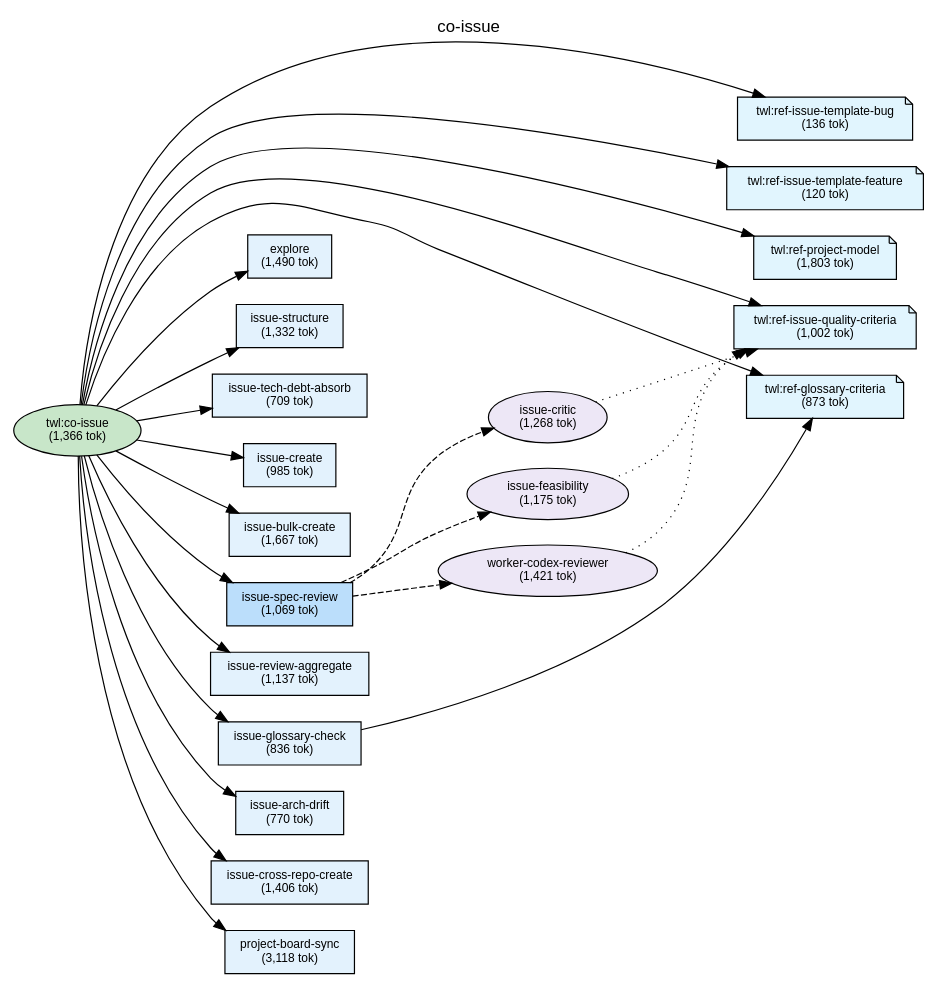
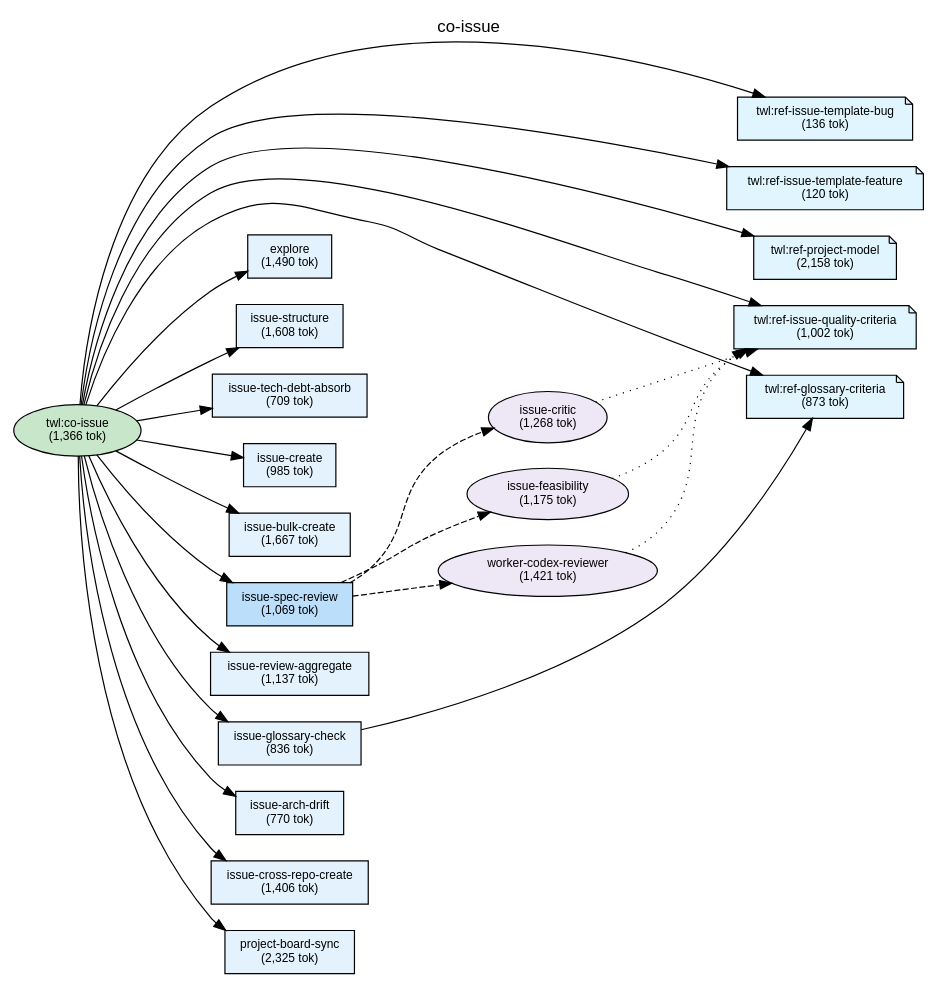
Before and after one commit to shuu5/twill: the diagram in plugins/twl/docs/deps-co-issue.dot, drawn with Graphviz. The commit also changed 7 other files, not shown here.

First line of the commit message:
feat(twl): add label-sync command for architecture spec → GitHub label sync

```diff
--- a/plugins/twl/docs/deps-co-issue.dot
+++ b/plugins/twl/docs/deps-co-issue.dot
@@ -1,101 +1,101 @@
 digraph Dependencies {
     // Graph settings
     rankdir=LR;
     ranksep=0.8;
     nodesep=0.3;
     fontname="Helvetica";
     node [fontname="Helvetica", fontsize=10];
     edge [fontname="Helvetica", fontsize=9];
     label="co-issue";
     labelloc=t;
     fontsize=14;
 
     // L0: Controller Skills
     skill_co_issue [label="twl:co-issue\n(1,366 tok)", shape=ellipse, style=filled, fillcolor="#c8e6c9"];
 
     // L0: Launchers
 
     // L0.5: Workflow Skills
 
     // Reference Skills
     skill_ref_issue_template_bug [label="twl:ref-issue-template-bug\n(136 tok)", shape=note, style=filled, fillcolor="#e1f5fe"];
     skill_ref_issue_template_feature [label="twl:ref-issue-template-feature\n(120 tok)", shape=note, style=filled, fillcolor="#e1f5fe"];
-    skill_ref_project_model [label="twl:ref-project-model\n(1,803 tok)", shape=note, style=filled, fillcolor="#e1f5fe"];
+    skill_ref_project_model [label="twl:ref-project-model\n(2,158 tok)", shape=note, style=filled, fillcolor="#e1f5fe"];
     skill_ref_issue_quality_criteria [label="twl:ref-issue-quality-criteria\n(1,002 tok)", shape=note, style=filled, fillcolor="#e1f5fe"];
     skill_ref_glossary_criteria [label="twl:ref-glossary-criteria\n(873 tok)", shape=note, style=filled, fillcolor="#e1f5fe"];
 
     // L1: Direct Commands
-    cmd_issue_structure [label="issue-structure\n(1,332 tok)", shape=box, style=filled, fillcolor="#e3f2fd"];
+    cmd_issue_structure [label="issue-structure\n(1,608 tok)", shape=box, style=filled, fillcolor="#e3f2fd"];
     cmd_issue_create [label="issue-create\n(985 tok)", shape=box, style=filled, fillcolor="#e3f2fd"];
     cmd_issue_bulk_create [label="issue-bulk-create\n(1,667 tok)", shape=box, style=filled, fillcolor="#e3f2fd"];
     cmd_issue_tech_debt_absorb [label="issue-tech-debt-absorb\n(709 tok)", shape=box, style=filled, fillcolor="#e3f2fd"];
     cmd_issue_spec_review [label="issue-spec-review\n(1,069 tok)", shape=box, style=filled, fillcolor="#bbdefb"];
     cmd_issue_review_aggregate [label="issue-review-aggregate\n(1,137 tok)", shape=box, style=filled, fillcolor="#e3f2fd"];
     cmd_issue_glossary_check [label="issue-glossary-check\n(836 tok)", shape=box, style=filled, fillcolor="#e3f2fd"];
     cmd_issue_arch_drift [label="issue-arch-drift\n(770 tok)", shape=box, style=filled, fillcolor="#e3f2fd"];
     cmd_issue_cross_repo_create [label="issue-cross-repo-create\n(1,406 tok)", shape=box, style=filled, fillcolor="#e3f2fd"];
-    cmd_project_board_sync [label="project-board-sync\n(3,118 tok)", shape=box, style=filled, fillcolor="#e3f2fd"];
+    cmd_project_board_sync [label="project-board-sync\n(2,325 tok)", shape=box, style=filled, fillcolor="#e3f2fd"];
     cmd_explore [label="explore\n(1,490 tok)", shape=box, style=filled, fillcolor="#e3f2fd"];
 
     // L2: Sub Commands
 
     // L3: Agents
     agent_issue_critic [label="issue-critic\n(1,268 tok)", shape=ellipse, style=filled, fillcolor="#ede7f6"];
     agent_issue_feasibility [label="issue-feasibility\n(1,175 tok)", shape=ellipse, style=filled, fillcolor="#ede7f6"];
     agent_worker_codex_reviewer [label="worker-codex-reviewer\n(1,421 tok)", shape=ellipse, style=filled, fillcolor="#ede7f6"];
 
     // L3.5: Scripts
 
     // L4: External
 
     // Layer constraints
     { rank=same; skill_co_issue; }
     { rank=same; skill_ref_issue_template_bug; skill_ref_issue_template_feature; skill_ref_project_model; skill_ref_issue_quality_criteria; skill_ref_glossary_criteria; }
     { rank=same; cmd_issue_structure; cmd_issue_create; cmd_issue_bulk_create; cmd_issue_tech_debt_absorb; cmd_issue_spec_review; cmd_issue_review_aggregate; cmd_issue_glossary_check; cmd_issue_arch_drift; cmd_issue_cross_repo_create; cmd_project_board_sync; cmd_explore; }
     { rank=same; agent_issue_critic; agent_issue_feasibility; agent_worker_codex_reviewer; }
 
     // Edges
     skill_co_issue -> cmd_explore;
     skill_co_issue -> cmd_issue_structure;
     skill_co_issue -> cmd_issue_tech_debt_absorb;
     skill_co_issue -> cmd_issue_create;
     skill_co_issue -> cmd_issue_bulk_create;
     skill_co_issue -> cmd_issue_spec_review;
     skill_co_issue -> cmd_issue_review_aggregate;
     skill_co_issue -> cmd_issue_glossary_check;
     skill_co_issue -> cmd_issue_arch_drift;
     skill_co_issue -> cmd_issue_cross_repo_create;
     skill_co_issue -> cmd_project_board_sync;
     skill_co_issue -> skill_ref_issue_template_bug;
     skill_co_issue -> skill_ref_issue_template_feature;
     skill_co_issue -> skill_ref_project_model;
     skill_co_issue -> skill_ref_issue_quality_criteria;
     skill_co_issue -> skill_ref_glossary_criteria;
     cmd_issue_spec_review -> agent_issue_critic [style=dashed];
     cmd_issue_spec_review -> agent_issue_feasibility [style=dashed];
     cmd_issue_spec_review -> agent_worker_codex_reviewer [style=dashed];
     cmd_issue_glossary_check -> skill_ref_glossary_criteria;
     agent_issue_critic -> skill_ref_issue_quality_criteria [style=dotted];
     agent_issue_feasibility -> skill_ref_issue_quality_criteria [style=dotted];
     agent_worker_codex_reviewer -> skill_ref_issue_quality_criteria [style=dotted];
 
     // Ordering constraints (invisible edges)
     cmd_explore -> cmd_issue_structure [style=invis, weight=10];
     cmd_issue_structure -> cmd_issue_tech_debt_absorb [style=invis, weight=10];
     cmd_issue_tech_debt_absorb -> cmd_issue_create [style=invis, weight=10];
     cmd_issue_create -> cmd_issue_bulk_create [style=invis, weight=10];
     cmd_issue_bulk_create -> cmd_issue_spec_review [style=invis, weight=10];
     cmd_issue_spec_review -> cmd_issue_review_aggregate [style=invis, weight=10];
     cmd_issue_review_aggregate -> cmd_issue_glossary_check [style=invis, weight=10];
     cmd_issue_glossary_check -> cmd_issue_arch_drift [style=invis, weight=10];
     cmd_issue_arch_drift -> cmd_issue_cross_repo_create [style=invis, weight=10];
     cmd_issue_cross_repo_create -> cmd_project_board_sync [style=invis, weight=10];
     cmd_project_board_sync -> skill_ref_issue_template_bug [style=invis, weight=10];
     skill_ref_issue_template_bug -> skill_ref_issue_template_feature [style=invis, weight=10];
     skill_ref_issue_template_feature -> skill_ref_project_model [style=invis, weight=10];
     skill_ref_project_model -> skill_ref_issue_quality_criteria [style=invis, weight=10];
     skill_ref_issue_quality_criteria -> skill_ref_glossary_criteria [style=invis, weight=10];
     agent_issue_critic -> agent_issue_feasibility [style=invis, weight=10];
     agent_issue_feasibility -> agent_worker_codex_reviewer [style=invis, weight=10];
 
 }
```
